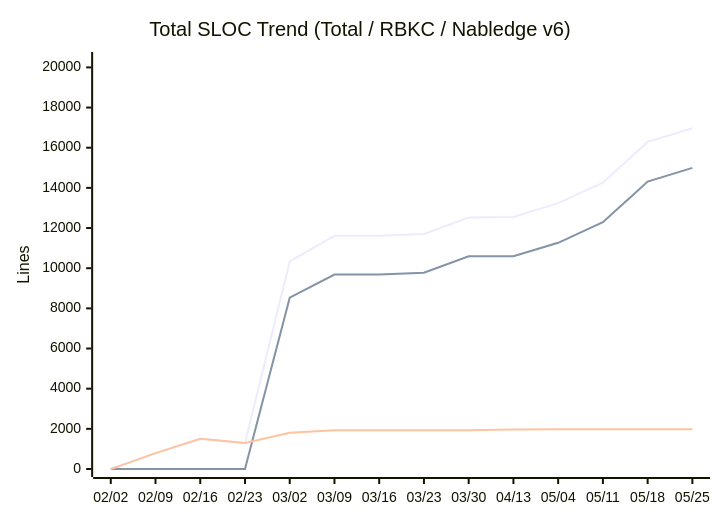
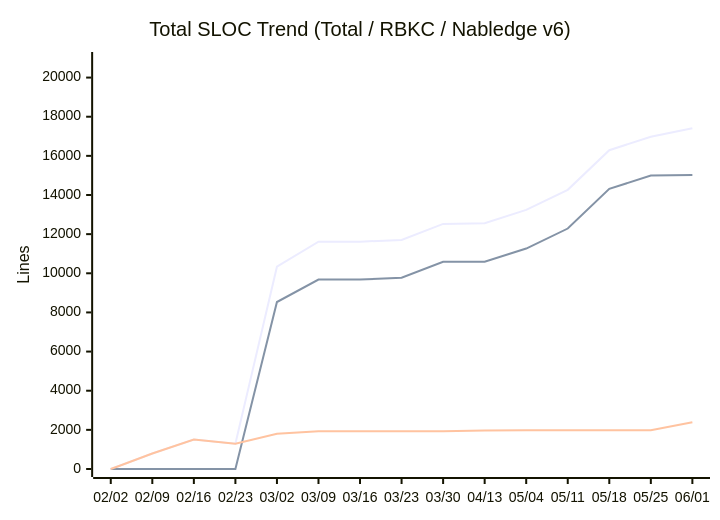
Before and after one commit to nablarch/nabledge-dev: the eighth of 14 diagrams in docs/metrics.md, drawn with Mermaid. The commit also changed other lines of this file and 2 other files, not shown here.

````diff
--- a/docs/metrics.md
+++ b/docs/metrics.md
@@ -121,9 +121,9 @@
 ```mermaid
 xychart-beta
   title "Total SLOC Trend (Total / RBKC / Nabledge v6)"
-  x-axis ["02/02", "02/09", "02/16", "02/23", "03/02", "03/09", "03/16", "03/23", "03/30", "04/13", "05/04", "05/11", "05/18", "05/25"]
-  y-axis "Lines" 0 --> 20368
-  line [0, 789, 1503, 1293, 10339, 11613, 11613, 11704, 12523, 12553, 13242, 14265, 16290, 16973]
-  line [0, 0, 0, 0, 8533, 9682, 9682, 9773, 10592, 10592, 11264, 12287, 14312, 14995]
-  line [0, 789, 1503, 1293, 1806, 1931, 1931, 1931, 1931, 1961, 1978, 1978, 1978, 1978]
+  x-axis ["02/02", "02/09", "02/16", "02/23", "03/02", "03/09", "03/16", "03/23", "03/30", "04/13", "05/04", "05/11", "05/18", "05/25", "06/01"]
+  y-axis "Lines" 0 --> 20898
+  line [0, 789, 1503, 1293, 10339, 11613, 11613, 11704, 12523, 12553, 13242, 14265, 16290, 16973, 17415]
+  line [0, 0, 0, 0, 8533, 9682, 9682, 9773, 10592, 10592, 11264, 12287, 14312, 14995, 15023]
+  line [0, 789, 1503, 1293, 1806, 1931, 1931, 1931, 1931, 1961, 1978, 1978, 1978, 1978, 2392]
 ```
````
